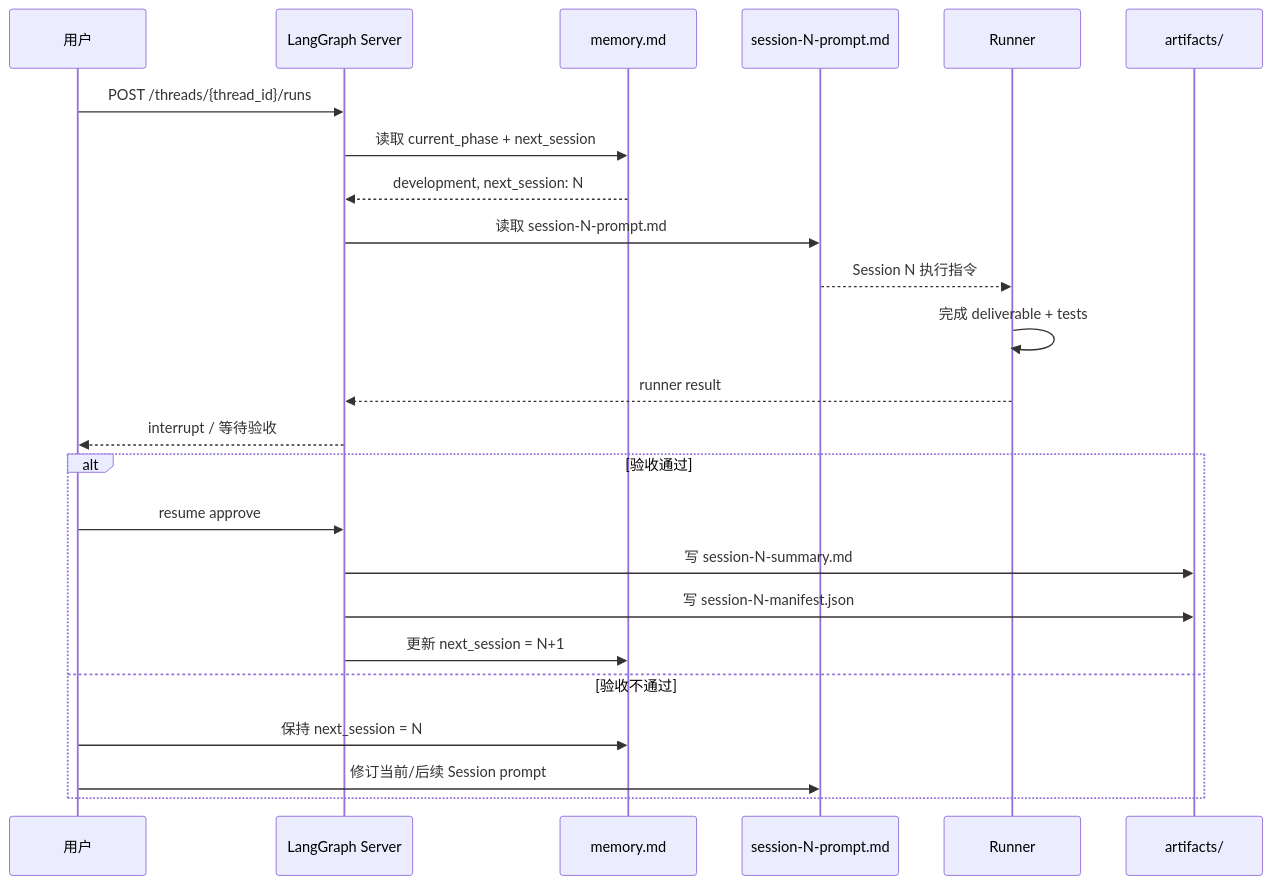
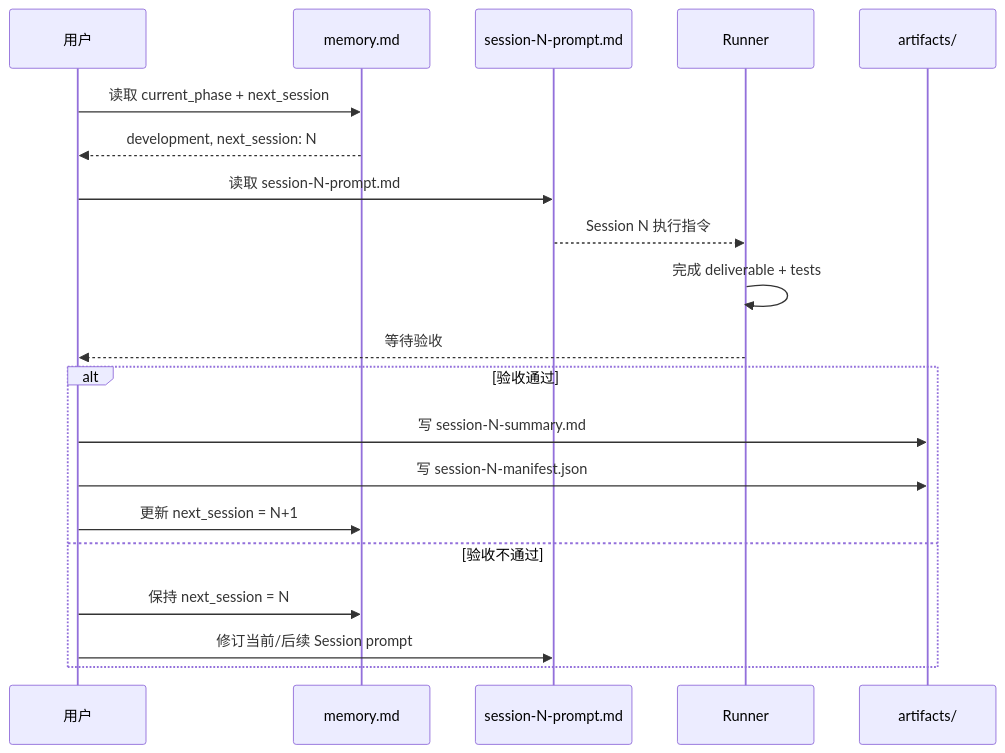
Before and after one commit to qi9zg202-source/vibecodingworkflow: the third of 3 diagrams in docs/two-phase-architecture.md, drawn with Mermaid. The commit also changed other lines of this file and 192 other files, not shown here.

````diff
--- a/docs/two-phase-architecture.md
+++ b/docs/two-phase-architecture.md
@@ -114,28 +113,24 @@
 ```mermaid
 sequenceDiagram
     participant U as 用户
-    participant L as LangGraph Server
     participant M as memory.md
     participant P as session-N-prompt.md
     participant R as Runner
     participant A as artifacts/
 
-    U->>L: POST /threads/{thread_id}/runs
-    L->>M: 读取 current_phase + next_session
-    M-->>L: development, next_session: N
-    L->>P: 读取 session-N-prompt.md
+    U->>M: 读取 current_phase + next_session
+    M-->>U: development, next_session: N
+    U->>P: 读取 session-N-prompt.md
     P-->>R: Session N 执行指令
     R->>R: 完成 deliverable + tests
-    R-->>L: runner result
-    L-->>U: interrupt / 等待验收
+    R-->>U: 等待验收
 
     alt 验收通过
-        U->>L: resume approve
-        L->>A: 写 session-N-summary.md
-        L->>A: 写 session-N-manifest.json
-        L->>M: 更新 next_session = N+1
+        U->>A: 写 session-N-summary.md
+        U->>A: 写 session-N-manifest.json
+        U->>M: 更新 next_session = N+1
     else 验收不通过
         U->>M: 保持 next_session = N
         U->>P: 修订当前/后续 Session prompt
     end
 ```
````
